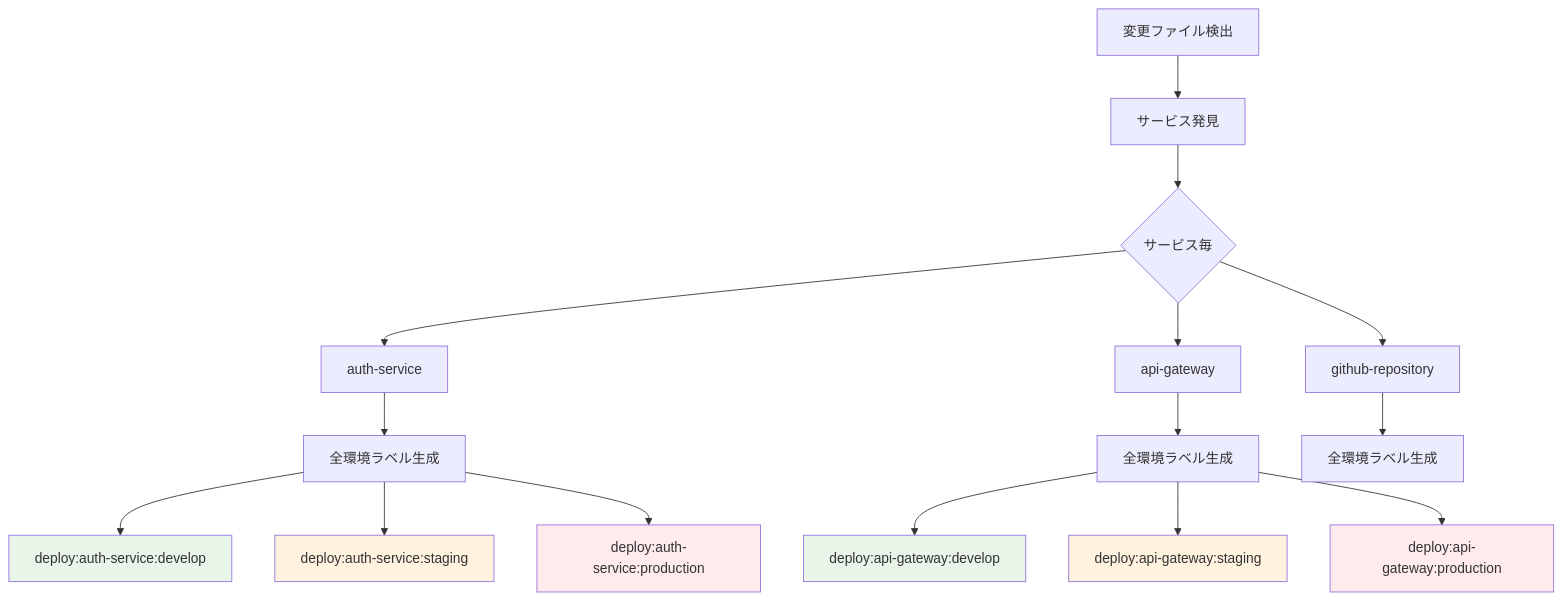
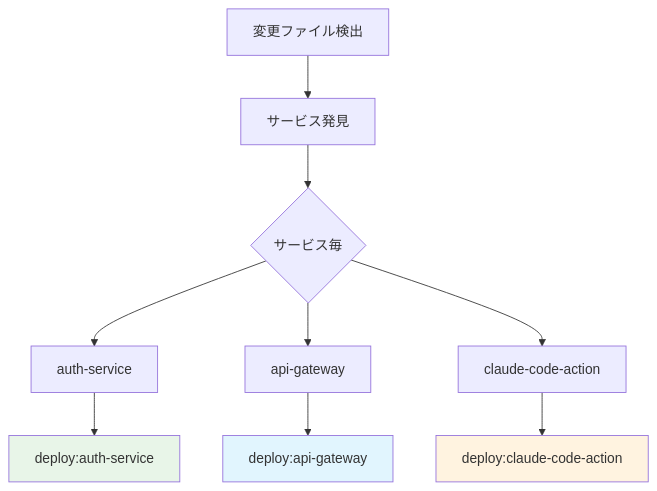
The second of 2 diagrams in .github/scripts/label-dispatcher/README.md (panicboat/monorepo), drawn with Mermaid before and after one commit. The commit also changed other lines of this file and 5 other files, not shown here.

````diff
--- a/.github/scripts/label-dispatcher/README.md
+++ b/.github/scripts/label-dispatcher/README.md
@@ -57,27 +57,16 @@
 ```mermaid
 graph TD
     A[変更ファイル検出] --> B[サービス発見]
     B --> C{サービス毎}
     C --> D[auth-service]
     C --> E[api-gateway]
-    C --> F[github-repository]
+    C --> F[claude-code-action]
 
-    D --> G[全環境ラベル生成]
-    E --> H[全環境ラベル生成]
-    F --> I[全環境ラベル生成]
+    D --> G[deploy:auth-service]
+    E --> H[deploy:api-gateway]
+    F --> I[deploy:claude-code-action]
 
-    G --> J[deploy:auth-service:develop]
-    G --> K[deploy:auth-service:staging]
-    G --> L[deploy:auth-service:production]
-
-    H --> M[deploy:api-gateway:develop]
-    H --> N[deploy:api-gateway:staging]
-    H --> O[deploy:api-gateway:production]
-
-    style J fill:#e8f5e8
-    style K fill:#fff3e0
-    style L fill:#ffebee
-    style M fill:#e8f5e8
-    style N fill:#fff3e0
-    style O fill:#ffebee
+    style G fill:#e8f5e8
+    style H fill:#e1f5fe
+    style I fill:#fff3e0
 ```
````
